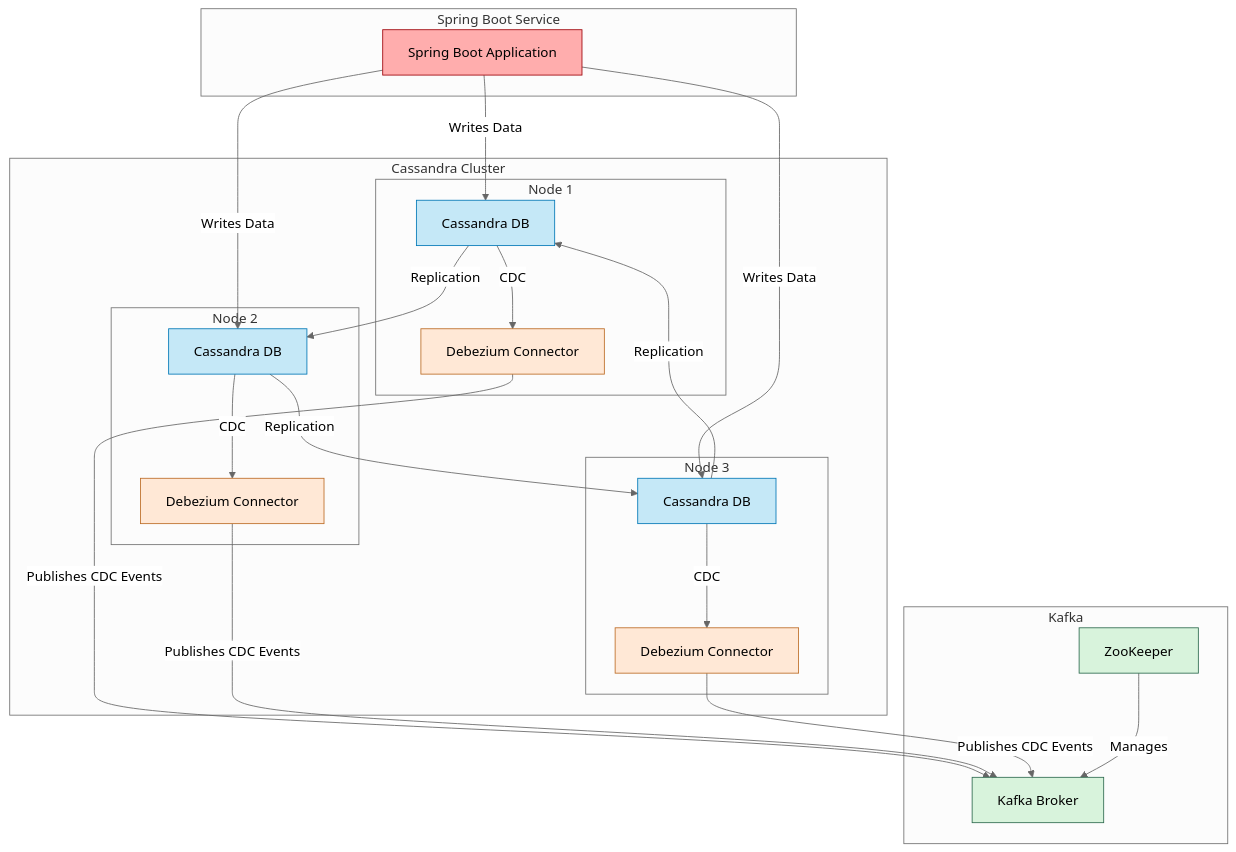
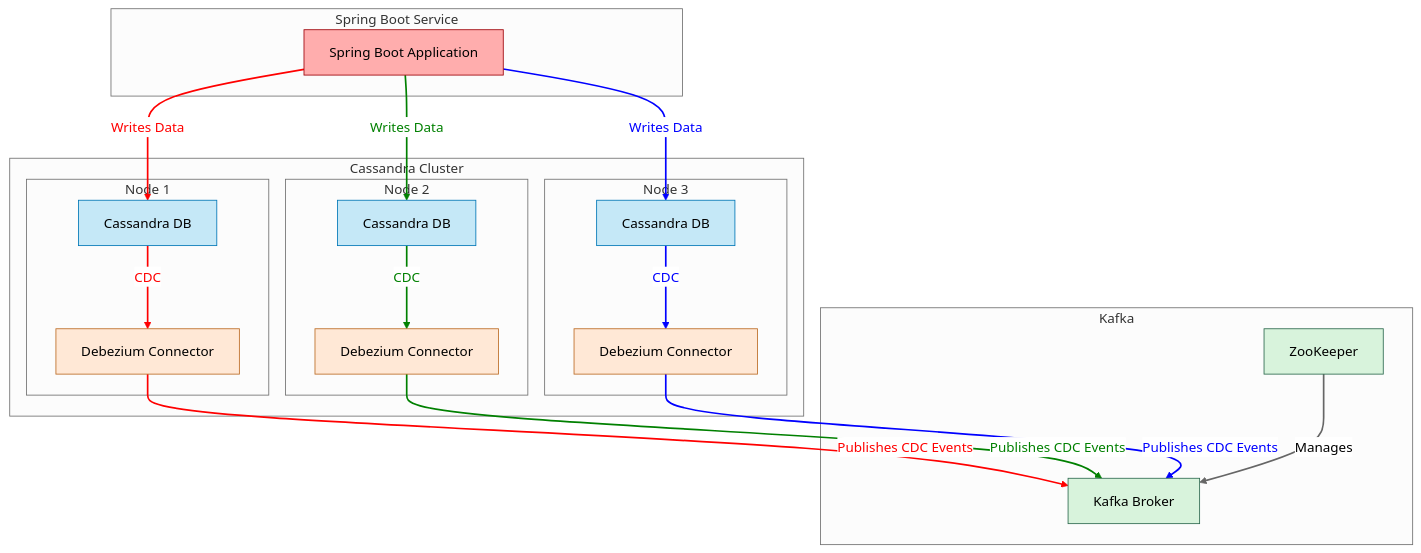
Before and after one commit to kougianos/debezium-cassandra-example: the diagram in README.md, drawn with Mermaid (neutral theme). The commit also changed other lines of this file, not shown here.

````diff
--- a/README.md
+++ b/README.md
@@ -50,49 +50,60 @@
 ```mermaid
 graph TD
+    linkStyle default stroke-width:2px
+
     subgraph "Spring Boot Service"
         SB[Spring Boot Application]
     end
 
     subgraph "Cassandra Cluster"
         subgraph "Node 1"
             C1[Cassandra DB] -- "CDC" --> D1[Debezium Connector]
         end
         
         subgraph "Node 2"
             C2[Cassandra DB] -- "CDC" --> D2[Debezium Connector]
         end
         
         subgraph "Node 3"
             C3[Cassandra DB] -- "CDC" --> D3[Debezium Connector]
         end
     end
     
     subgraph "Kafka"
         K[Kafka Broker]
         Z[ZooKeeper]
     end
     
     SB -- "Writes Data" --> C1
     SB -- "Writes Data" --> C2
     SB -- "Writes Data" --> C3
     
-    C1 -- "Replication" --> C2
-    C2 -- "Replication" --> C3
-    C3 -- "Replication" --> C1
-    
     D1 -- "Publishes CDC Events" --> K
     D2 -- "Publishes CDC Events" --> K
     D3 -- "Publishes CDC Events" --> K
     
     Z -- "Manages" --> K
     
+    %% Link coloring
+    linkStyle 0 stroke:red,color:red
+    linkStyle 1 stroke:green,color:green
+    linkStyle 2 stroke:blue,color:blue
+    linkStyle 3 stroke:red,color:red
+    linkStyle 4 stroke:green,color:green
+    linkStyle 5 stroke:blue,color:blue
+    linkStyle 6 stroke:red,color:red
+    linkStyle 7 stroke:green,color:green
+    linkStyle 8 stroke:blue,color:blue
+
+    %% Styles
     style C1 fill:#c5e8f7,stroke:#0077b6
     style C2 fill:#c5e8f7,stroke:#0077b6
     style C3 fill:#c5e8f7,stroke:#0077b6
     style D1 fill:#ffe8d6,stroke:#bc6c25
     style D2 fill:#ffe8d6,stroke:#bc6c25
     style D3 fill:#ffe8d6,stroke:#bc6c25
     style K fill:#d8f3dc,stroke:#2d6a4f
     style Z fill:#d8f3dc,stroke:#2d6a4f
     style SB fill:#ffadad,stroke:#9d0208
+
 ```
````
